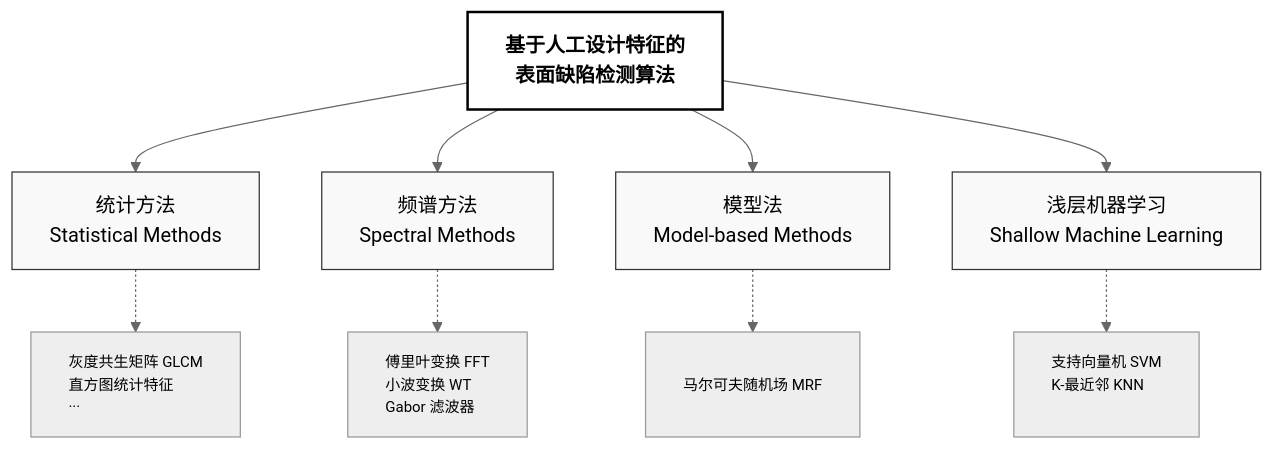
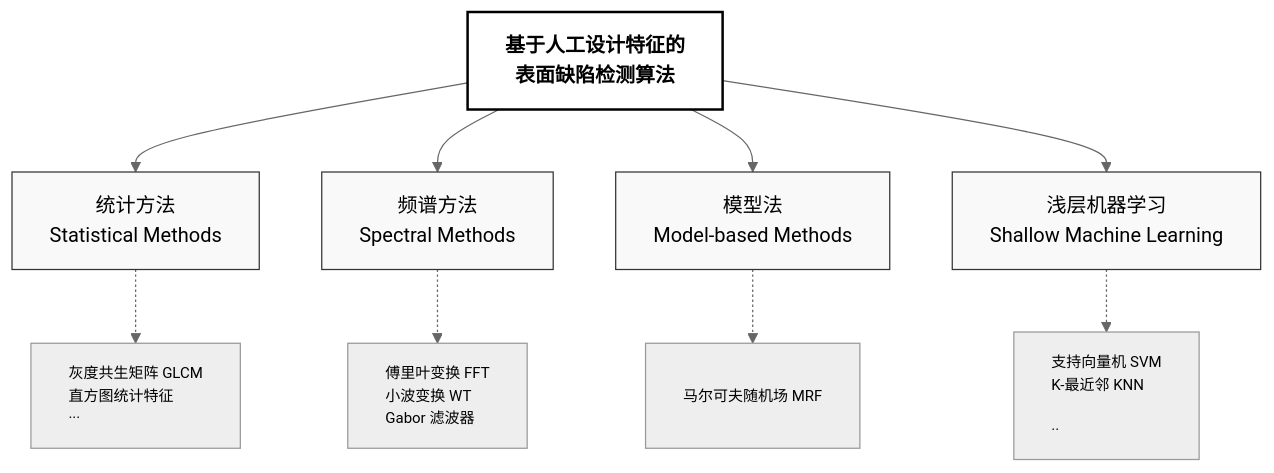
One commit to MAOSHENGsong/iodraw-files changed the diagram in all/未命名-1.md. Above: the diagram before and after it, drawn with Mermaid (neutral theme).

Commit message:
2026-03-17 18:28:46 update

````diff
--- a/all/未命名-1.md
+++ b/all/未命名-1.md
@@ -1,43 +1,43 @@
 ```mermaid
 graph TB
     %% 核心标题
     Main[
     基于人工设计特征的
     表面缺陷检测算法] 
     
     %% 第一层级：四大分支
     Statistical[统计方法<br/>Statistical Methods]
     Spectral[频谱方法<br/>Spectral Methods]
     Model[模型法<br/>Model-based Methods]
     Machine[浅层机器学习<br/>Shallow Machine Learning]
 
     %% 第二层级：典型算法
     Sub_Stat[灰度共生矩阵 GLCM<br/>直方图统计特征<br/>···]
     Sub_Spec[傅里叶变换 FFT<br/>小波变换 WT<br/>Gabor 滤波器]
     Sub_Mod[<br/>马尔可夫随机场 MRF<br/><br/>]
-    Sub_Mach[支持向量机 SVM<br/>K-最近邻 KNN<br/><br/>]
+    Sub_Mach[支持向量机 SVM<br/>K-最近邻 KNN<br/><br/>··]
 
     %% 建立连接
     Main --> Statistical
     Main --> Spectral
     Main --> Model
     Main --> Machine
 
     Statistical -.-> Sub_Stat
     Spectral -.-> Sub_Spec
     Model -.-> Sub_Mod
     Machine -.-> Sub_Mach
 
     %% 样式美化：论文通常使用白底黑字或淡色调
     style Main fill:#ffffff,stroke:#000,stroke-width:2px,font-weight:bold
     style Statistical fill:#f9f9f9,stroke:#333,stroke-width:1px
     style Spectral fill:#f9f9f9,stroke:#333,stroke-width:1px
     style Model fill:#f9f9f9,stroke:#333,stroke-width:1px
     style Machine fill:#f9f9f9,stroke:#333,stroke-width:1px
     
     %% 细化子项样式
     style Sub_Stat font-size:12px,text-align:left
     style Sub_Spec font-size:12px,text-align:left
     style Sub_Mod font-size:12px,text-align:left
     style Sub_Mach font-size:12px,text-align:left
 ```
````
